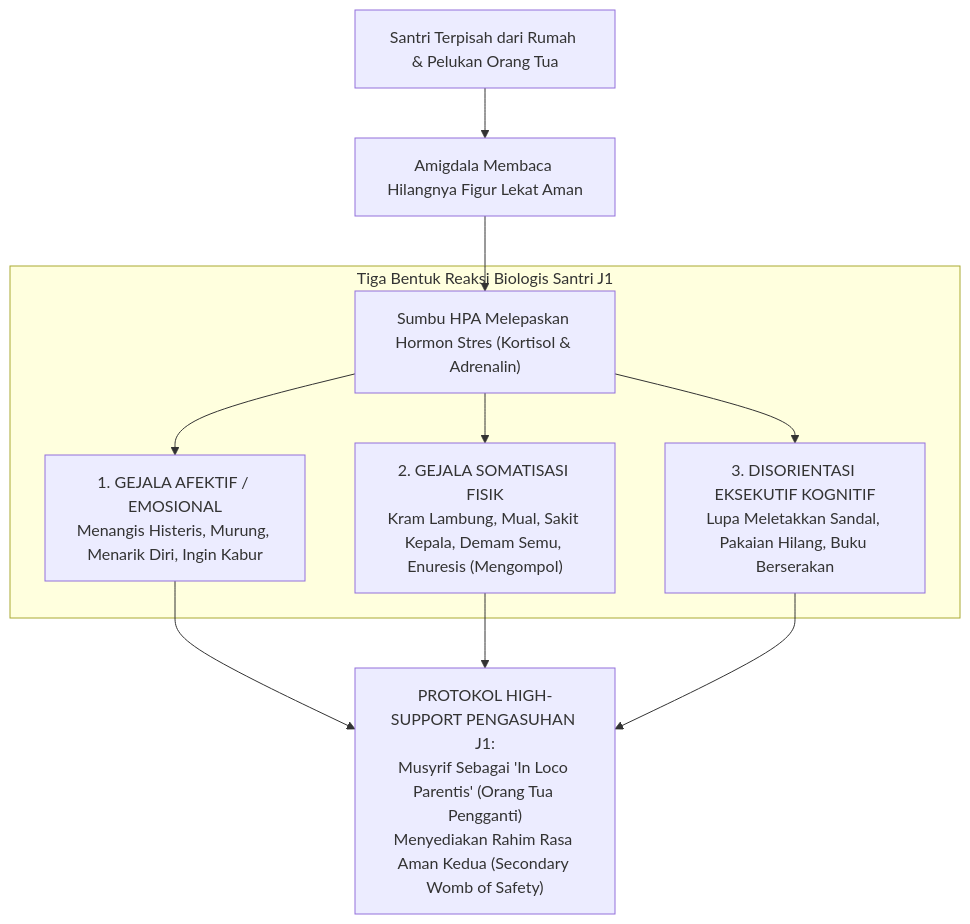
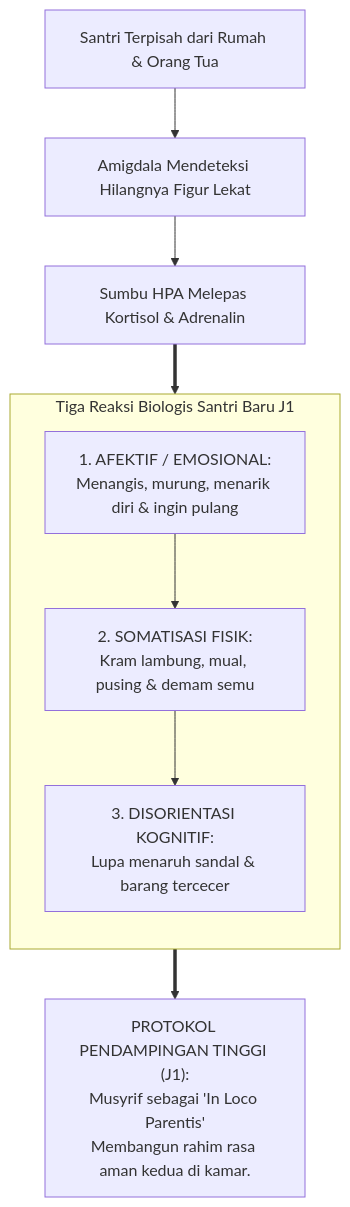
One commit to wandiapriliyandi/tumbuh changed the first of 2 diagrams in BOOK Series 1/01-The-Fundamental-of-TUMBUH/Bab-13-Bedah-Jenjang-J1-dan-J2.md. Above: the diagram before and after it, drawn with Mermaid. The commit also changed other lines of this file and 35 other files, not shown here.

Commit message:
fix(book-01): optimasi keterbacaan diagram mermaid pada seluruh bab dan perbarui 20 file PDF

````diff
--- a/BOOK Series 1/01-The-Fundamental-of-TUMBUH/Bab-13-Bedah-Jenjang-J1-dan-J2.md
+++ b/BOOK Series 1/01-The-Fundamental-of-TUMBUH/Bab-13-Bedah-Jenjang-J1-dan-J2.md
@@ -36,13 +36,16 @@
 ```mermaid
 graph TD
-    A["Santri Terpisah dari Rumah & Pelukan Orang Tua"] --> B["Amigdala Membaca Hilangnya Figur Lekat Aman"]
-    B --> C["Sumbu HPA Melepaskan Hormon Stres (Kortisol & Adrenalin)"]
+    A["Santri Terpisah dari Rumah & Orang Tua"]
+    --> B["Amigdala Mendeteksi Hilangnya Figur Lekat"]
+    --> C["Sumbu HPA Melepas Kortisol & Adrenalin"]
     
-    subgraph MANIFESTASI_KRISIS_J1["Tiga Bentuk Reaksi Biologis Santri J1"]
-        C --> D1["1. GEJALA AFEKTIF / EMOSIONAL<br/>Menangis Histeris, Murung, Menarik Diri, Ingin Kabur"]
-        C --> D2["2. GEJALA SOMATISASI FISIK<br/>Kram Lambung, Mual, Sakit Kepala, Demam Semu, Enuresis (Mengompol)"]
-        C --> D3["3. DISORIENTASI EKSEKUTIF KOGNITIF<br/>Lupa Meletakkan Sandal, Pakaian Hilang, Buku Berserakan"]
+    subgraph MANIFESTASI_KRISIS_J1["Tiga Reaksi Biologis Santri Baru J1"]
+        direction TB
+        D1["1. AFEKTIF / EMOSIONAL:<br/>Menangis, murung, menarik diri & ingin pulang"]
+        --> D2["2. SOMATISASI FISIK:<br/>Kram lambung, mual, pusing & demam semu"]
+        --> D3["3. DISORIENTASI KOGNITIF:<br/>Lupa menaruh sandal & barang tercecer"]
     end
 
-    D1 & D2 & D3 --> SOLUSI_TUMBUH["PROTOKOL HIGH-SUPPORT PENGASUHAN J1:<br/>Musyrif Sebagai 'In Loco Parentis' (Orang Tua Pengganti)<br/>Menyediakan Rahim Rasa Aman Kedua (Secondary Womb of Safety)"]
+    C ==> MANIFESTASI_KRISIS_J1
+    MANIFESTASI_KRISIS_J1 ==> SOLUSI_TUMBUH["PROTOKOL PENDAMPINGAN TINGGI (J1):<br/>Musyrif sebagai 'In Loco Parentis'<br/>Membangun rahim rasa aman kedua di kamar."]
 ```
````
